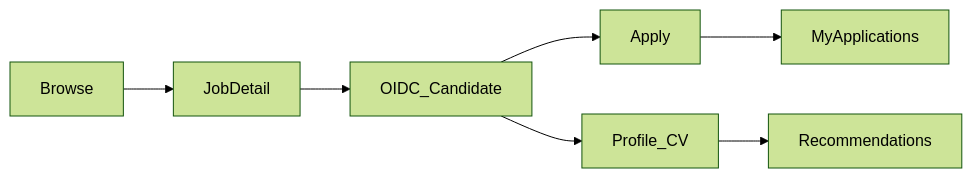
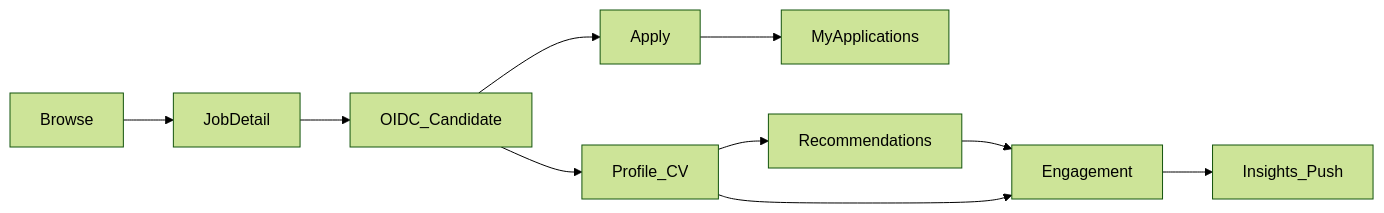
One commit to AladdinBiyabangerd/ingress-job-platform changed the first of 2 diagrams in docs/customer-journey.md. Above: the diagram before and after it, drawn with Mermaid (forest theme). The commit also changed other lines of this file and 50 other files, not shown here.

First line of the commit message:
Ship candidate engagement: match/near/nudge/coach across in-app, email, and Web Push.

````diff
--- a/docs/customer-journey.md
+++ b/docs/customer-journey.md
@@ -22,9 +22,12 @@
 ```mermaid
 flowchart LR
   C1[Browse] --> C2[JobDetail]
   C2 --> C3[OIDC_Candidate]
   C3 --> C4[Apply]
   C3 --> C5[Profile_CV]
   C5 --> C6[Recommendations]
+  C5 --> C8[Engagement]
+  C6 --> C8
   C4 --> C7[MyApplications]
+  C8 --> C9[Insights_Push]
 ```
````
